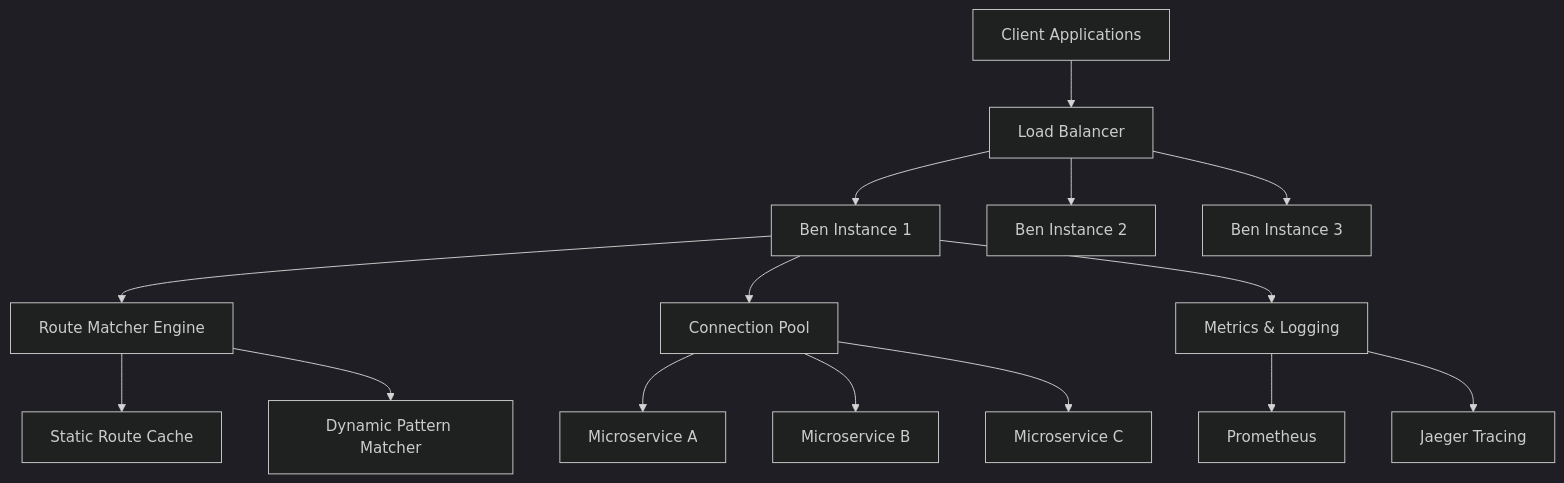
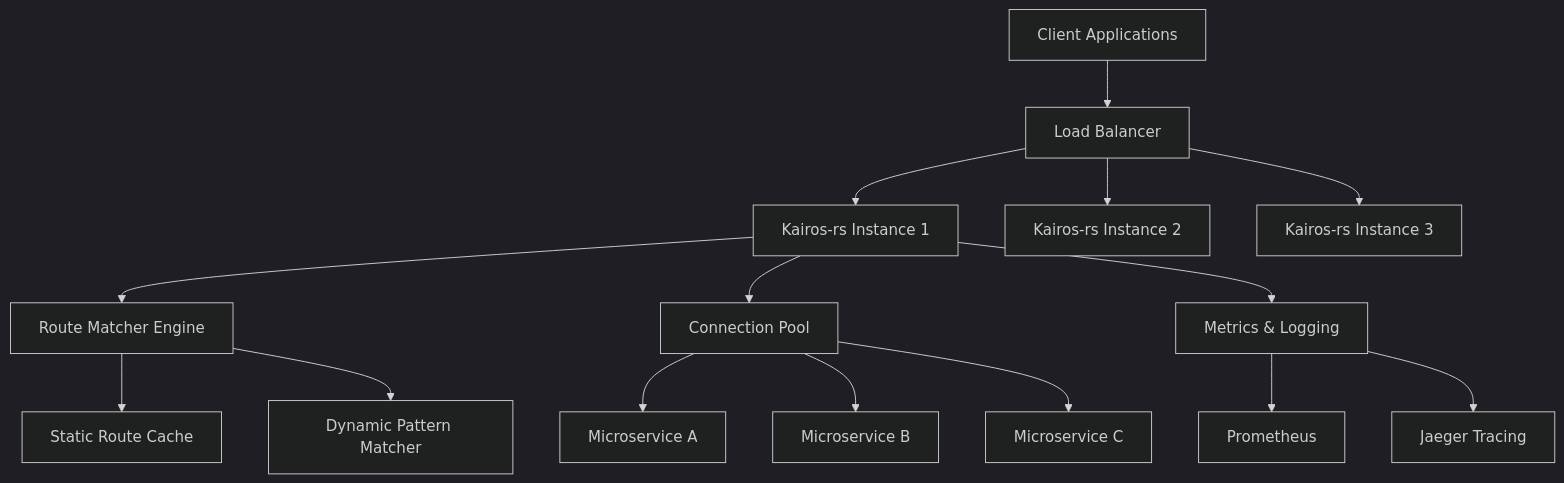
The diagram in Readme.md (DanielSarmiento04/kairos-rs), drawn with Mermaid (dark theme) before and after one commit. The commit also changed other lines of this file, not shown here.

Commit message:
Rename project from 'Ben' to 'Kairos-rs' and update references throughout the documentation

````diff
--- a/Readme.md
+++ b/Readme.md
@@ -92,21 +92,21 @@
 ```mermaid
 graph TB
     Client[Client Applications] --> LB[Load Balancer]
-    LB --> Ben1[Ben Instance 1]
-    LB --> Ben2[Ben Instance 2]
-    LB --> Ben3[Ben Instance 3]
+    LB --> Kairos1[Kairos-rs Instance 1]
+    LB --> Kairos2[Kairos-rs Instance 2]
+    LB --> Kairos3[Kairos-rs Instance 3]
     
-    Ben1 --> Route[Route Matcher Engine]
-    Ben1 --> Pool[Connection Pool]
+    Kairos1 --> Route[Route Matcher Engine]
+    Kairos1 --> Pool[Connection Pool]
     
     Route --> Static[Static Route Cache]
     Route --> Dynamic[Dynamic Pattern Matcher]
     
     Pool --> Service1[Microservice A]
     Pool --> Service2[Microservice B]
     Pool --> Service3[Microservice C]
     
-    Ben1 --> Metrics[Metrics & Logging]
+    Kairos1 --> Metrics[Metrics & Logging]
     Metrics --> Prometheus[Prometheus]
     Metrics --> Jaeger[Jaeger Tracing]
 ```
````
